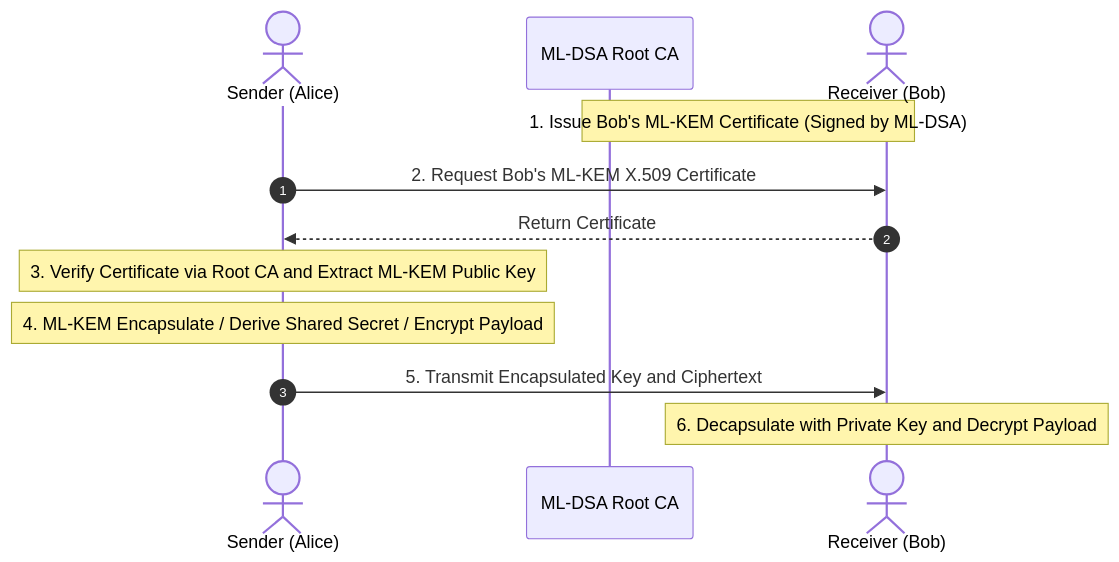
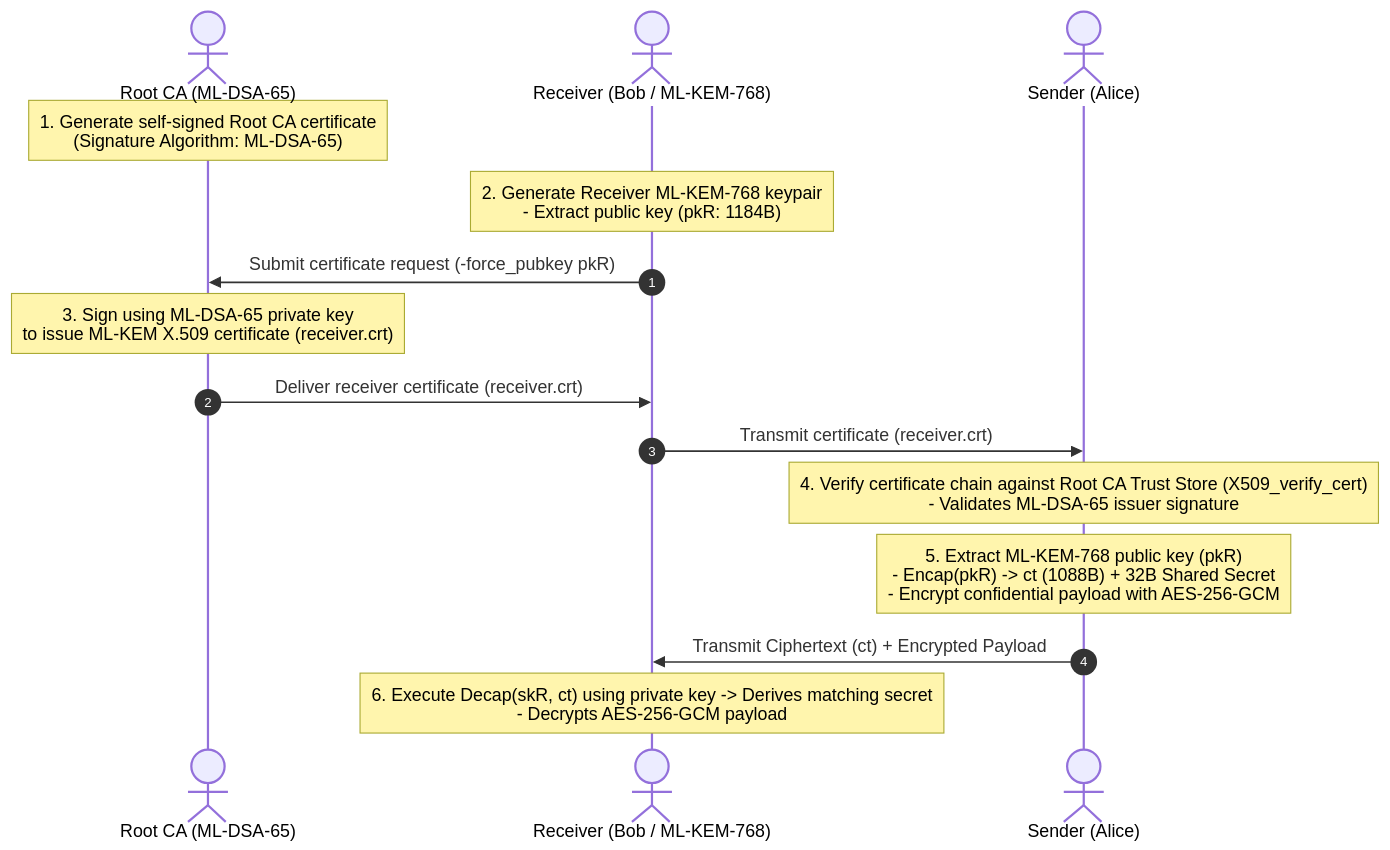
The first of 2 diagrams in docs/en/04-pki-and-x509/index.md (auking45/applied-pqc-lab), drawn with Mermaid before and after one commit. The commit also changed other lines of this file and 10 other files, not shown here.

````diff
--- a/docs/en/04-pki-and-x509/index.md
+++ b/docs/en/04-pki-and-x509/index.md
@@ -6,15 +10,19 @@
 ```mermaid
 sequenceDiagram
     autonumber
-    actor Alice as Sender (Alice)
-    participant PKI as ML-DSA Root CA
-    actor Bob as Receiver (Bob)
+    actor CA as Root CA (ML-DSA-65)
+    actor Receiver as Receiver (Bob / ML-KEM-768)
+    actor Sender as Sender (Alice)
 
-    Note over Bob,PKI: 1. Issue Bob's ML-KEM Certificate (Signed by ML-DSA)
-    Alice->>Bob: 2. Request Bob's ML-KEM X.509 Certificate
-    Bob-->>Alice: Return Certificate
-    Note over Alice: 3. Verify Certificate via Root CA and Extract ML-KEM Public Key
-    Note over Alice: 4. ML-KEM Encapsulate / Derive Shared Secret / Encrypt Payload
-    Alice->>Bob: 5. Transmit Encapsulated Key and Ciphertext
-    Note over Bob: 6. Decapsulate with Private Key and Decrypt Payload
+    Note over CA: 1. Generate self-signed Root CA certificate<br>(Signature Algorithm: ML-DSA-65)
+    Note over Receiver: 2. Generate Receiver ML-KEM-768 keypair<br>- Extract public key (pkR: 1184B)
+    Receiver->>CA: Submit certificate request (-force_pubkey pkR)
+    Note over CA: 3. Sign using ML-DSA-65 private key<br>to issue ML-KEM X.509 certificate (receiver.crt)
+    CA->>Receiver: Deliver receiver certificate (receiver.crt)
+    
+    Receiver->>Sender: Transmit certificate (receiver.crt)
+    Note over Sender: 4. Verify certificate chain against Root CA Trust Store (X509_verify_cert)<br>- Validates ML-DSA-65 issuer signature
+    Note over Sender: 5. Extract ML-KEM-768 public key (pkR)<br>- Encap(pkR) -> ct (1088B) + 32B Shared Secret<br>- Encrypt confidential payload with AES-256-GCM
+    Sender->>Receiver: Transmit Ciphertext (ct) + Encrypted Payload
+    Note over Receiver: 6. Execute Decap(skR, ct) using private key -> Derives matching secret<br>- Decrypts AES-256-GCM payload
 ```
````
